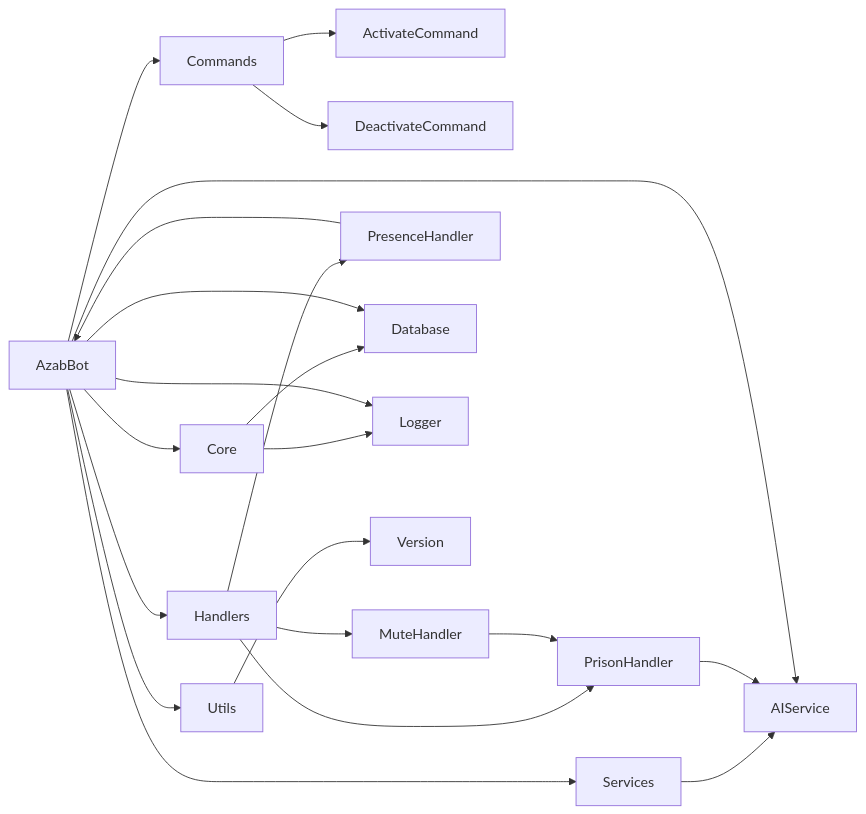
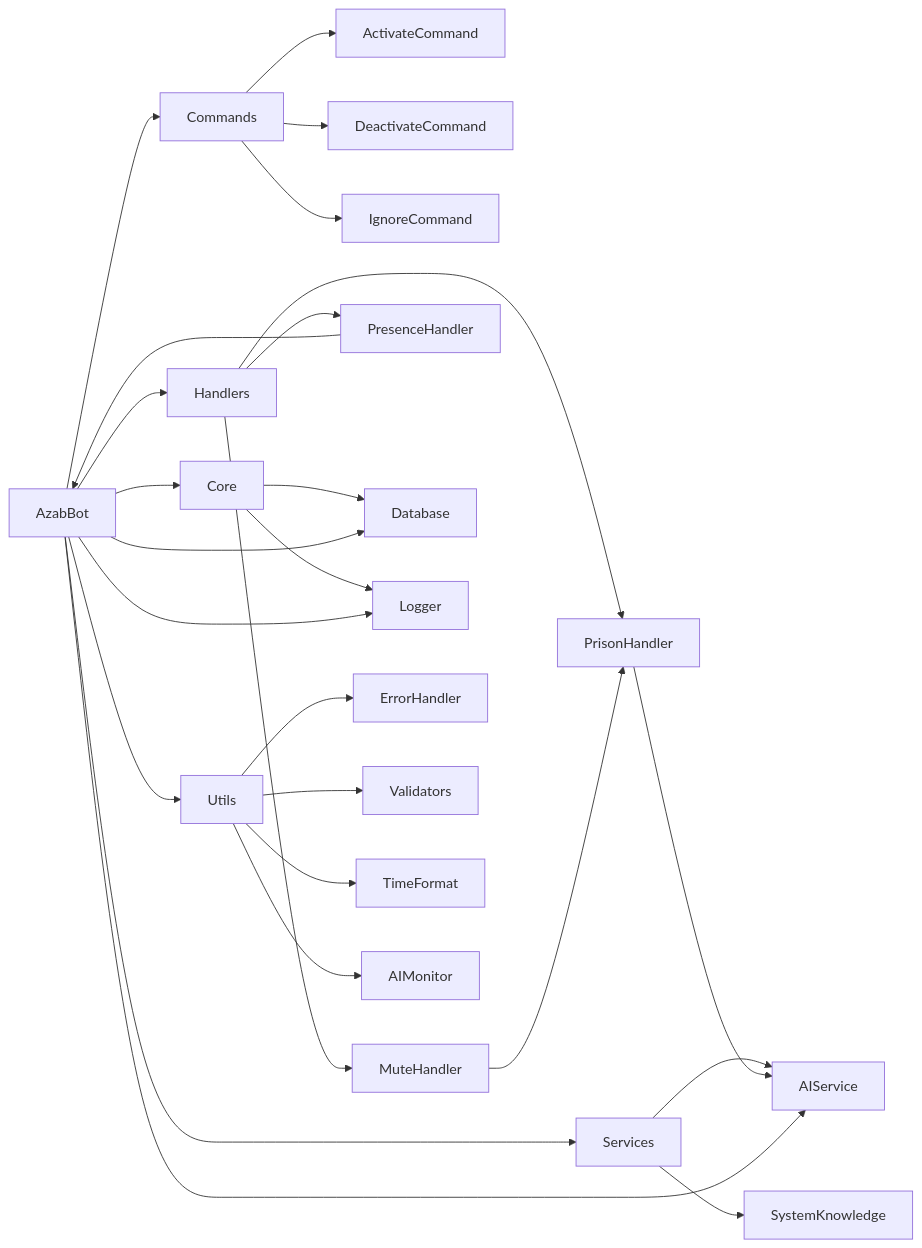
One commit to trippixn963/AzabBot changed the second of 2 diagrams in README.md. Above: the diagram before and after it, drawn with Mermaid. The commit also changed other lines of this file, not shown here.

````diff
--- a/README.md
+++ b/README.md
@@ -362,29 +379,34 @@
 ```mermaid
 graph LR
     A[AzabBot] --> B[Commands]
     A --> C[Handlers]
     A --> D[Services]
     A --> E[Core]
     A --> F[Utils]
-    
+
     B --> B1[ActivateCommand]
     B --> B2[DeactivateCommand]
-    
+    B --> B3[IgnoreCommand]
+
     C --> C1[PrisonHandler]
     C --> C2[MuteHandler]
     C --> C3[PresenceHandler]
-    
+
     D --> D1[AIService]
-    
+    D --> D2[SystemKnowledge]
+
     E --> E1[Database]
     E --> E2[Logger]
-    
-    F --> F1[Version]
-    
+
+    F --> F1[ErrorHandler]
+    F --> F2[Validators]
+    F --> F3[TimeFormat]
+    F --> F4[AIMonitor]
+
     C1 --> D1
     C2 --> C1
     C3 --> A
     A --> D1
     A --> E1
     A --> E2
 ```
````
